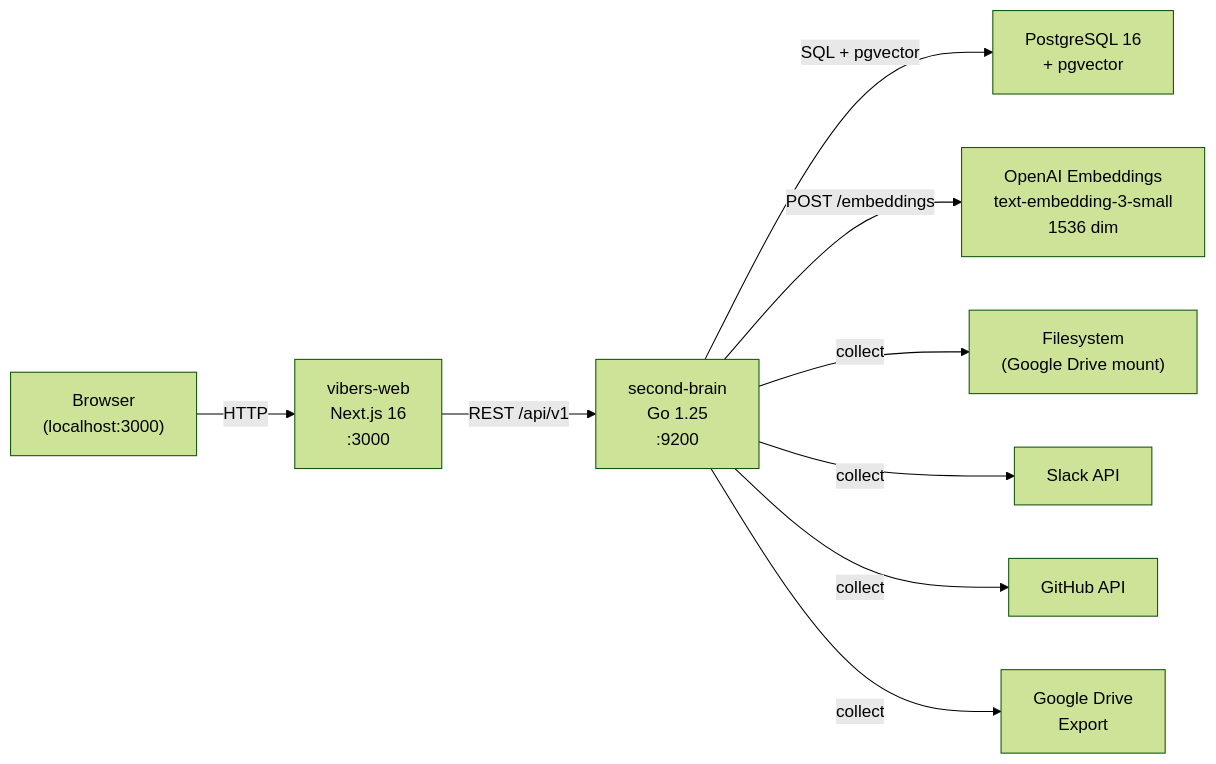
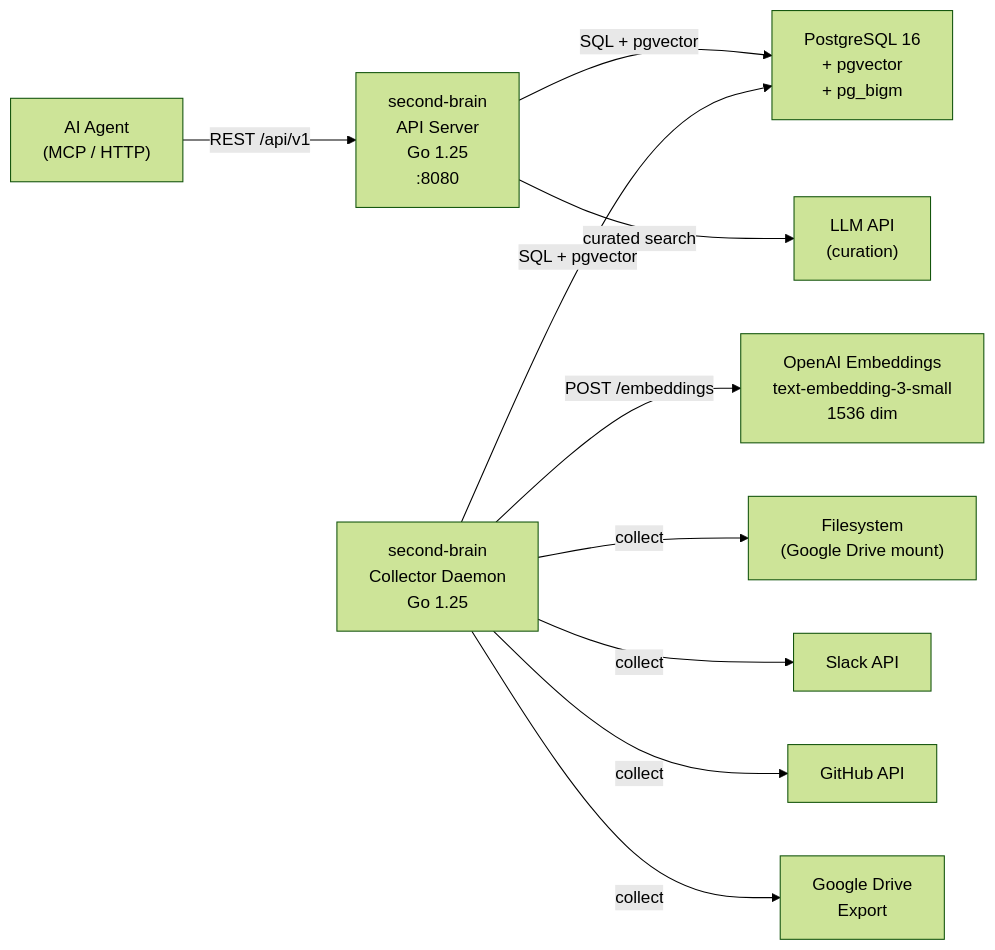
The diagram in README.en.md (baekenough/second-brain), drawn with Mermaid (forest theme) before and after one commit. The commit also changed other lines of this file and 5 other files, not shown here.

Commit message:
docs: update documentation for curation API architecture

````diff
--- a/README.en.md
+++ b/README.en.md
@@ -42,21 +42,23 @@
 ```mermaid
 flowchart LR
-    Browser["Browser\n(localhost:3000)"]
-    Web["vibers-web\nNext.js 16\n:3000"]
-    Backend["second-brain\nGo 1.25\n:9200"]
-    PG["PostgreSQL 16\n+ pgvector"]
+    Agent["AI Agent\n(MCP / HTTP)"]
+    Server["second-brain\nAPI Server\nGo 1.25\n:8080"]
+    Collector["second-brain\nCollector Daemon\nGo 1.25"]
+    PG["PostgreSQL 16\n+ pgvector\n+ pg_bigm"]
+    LLM["LLM API\n(curation)"]
     OpenAI["OpenAI Embeddings\ntext-embedding-3-small\n1536 dim"]
     FS["Filesystem\n(Google Drive mount)"]
     Slack["Slack API"]
     GH["GitHub API"]
     GD["Google Drive\nExport"]
 
-    Browser -->|HTTP| Web
-    Web -->|REST /api/v1| Backend
-    Backend -->|SQL + pgvector| PG
-    Backend -->|POST /embeddings| OpenAI
-    Backend -->|collect| FS
-    Backend -->|collect| Slack
-    Backend -->|collect| GH
-    Backend -->|collect| GD
+    Agent -->|REST /api/v1| Server
+    Server -->|SQL + pgvector| PG
+    Server -->|curated search| LLM
+    Collector -->|SQL + pgvector| PG
+    Collector -->|POST /embeddings| OpenAI
+    Collector -->|collect| FS
+    Collector -->|collect| Slack
+    Collector -->|collect| GH
+    Collector -->|collect| GD
 ```
````
